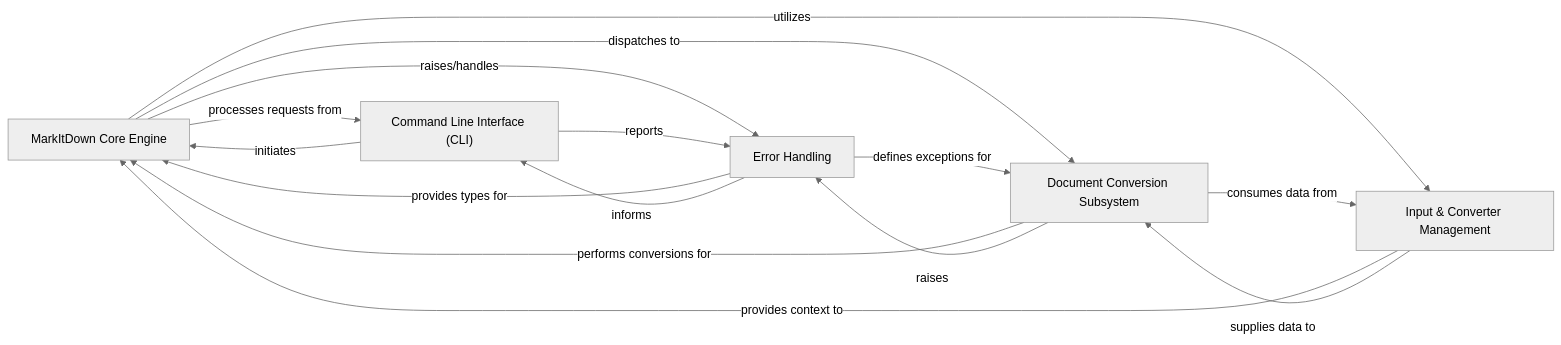
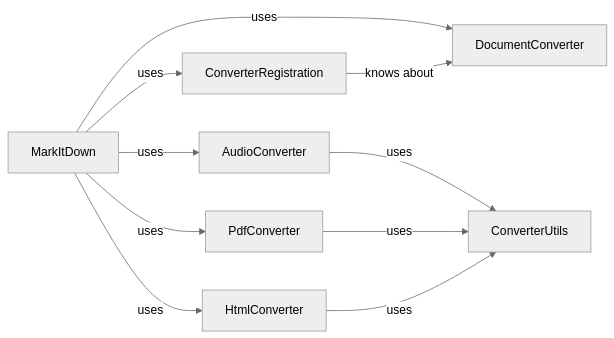
Before and after one commit to CodeBoarding/GeneratedOnBoardings: the diagram in markitdown/on_boarding.md, drawn with Mermaid (neutral theme). The commit also changed other lines of this file and 23 other files, not shown here.

````diff
--- a/markitdown/on_boarding.md
+++ b/markitdown/on_boarding.md
@@ -1,26 +1,22 @@
 ```mermaid
 graph LR
-    MarkItDown_Core_Engine["MarkItDown Core Engine"]
-    Input_Converter_Management["Input & Converter Management"]
-    Document_Conversion_Subsystem["Document Conversion Subsystem"]
-    Command_Line_Interface_CLI_["Command Line Interface (CLI)"]
-    Error_Handling["Error Handling"]
-    Command_Line_Interface_CLI_ -- "initiates" --> MarkItDown_Core_Engine
-    MarkItDown_Core_Engine -- "processes requests from" --> Command_Line_Interface_CLI_
-    MarkItDown_Core_Engine -- "utilizes" --> Input_Converter_Management
-    Input_Converter_Management -- "provides context to" --> MarkItDown_Core_Engine
-    MarkItDown_Core_Engine -- "dispatches to" --> Document_Conversion_Subsystem
-    Document_Conversion_Subsystem -- "performs conversions for" --> MarkItDown_Core_Engine
-    MarkItDown_Core_Engine -- "raises/handles" --> Error_Handling
-    Error_Handling -- "provides types for" --> MarkItDown_Core_Engine
-    Input_Converter_Management -- "supplies data to" --> Document_Conversion_Subsystem
-    Document_Conversion_Subsystem -- "consumes data from" --> Input_Converter_Management
-    Document_Conversion_Subsystem -- "raises" --> Error_Handling
-    Error_Handling -- "defines exceptions for" --> Document_Conversion_Subsystem
-    Command_Line_Interface_CLI_ -- "reports" --> Error_Handling
-    Error_Handling -- "informs" --> Command_Line_Interface_CLI_
-    click MarkItDown_Core_Engine href "https://github.com/CodeBoarding/GeneratedOnBoardings/blob/main//markitdown/MarkItDown_Core_Engine.md" "Details"
-    click Input_Converter_Management href "https://github.com/CodeBoarding/GeneratedOnBoardings/blob/main//markitdown/Input_Converter_Management.md" "Details"
-    click Document_Conversion_Subsystem href "https://github.com/CodeBoarding/GeneratedOnBoardings/blob/main//markitdown/Document_Conversion_Subsystem.md" "Details"
-    click Command_Line_Interface_CLI_ href "https://github.com/CodeBoarding/GeneratedOnBoardings/blob/main//markitdown/Command_Line_Interface_CLI_.md" "Details"
+    MarkItDown["MarkItDown"]
+    ConverterRegistration["ConverterRegistration"]
+    DocumentConverter["DocumentConverter"]
+    AudioConverter["AudioConverter"]
+    PdfConverter["PdfConverter"]
+    HtmlConverter["HtmlConverter"]
+    ConverterUtils["ConverterUtils"]
+    MarkItDown -- "uses" --> ConverterRegistration
+    MarkItDown -- "uses" --> DocumentConverter
+    MarkItDown -- "uses" --> AudioConverter
+    MarkItDown -- "uses" --> PdfConverter
+    MarkItDown -- "uses" --> HtmlConverter
+    AudioConverter -- "uses" --> ConverterUtils
+    PdfConverter -- "uses" --> ConverterUtils
+    HtmlConverter -- "uses" --> ConverterUtils
+    ConverterRegistration -- "knows about" --> DocumentConverter
+    click DocumentConverter href "https://github.com/CodeBoarding/GeneratedOnBoardings/blob/main//markitdown/DocumentConverter.md" "Details"
+    click AudioConverter href "https://github.com/CodeBoarding/GeneratedOnBoardings/blob/main//markitdown/AudioConverter.md" "Details"
+    click ConverterUtils href "https://github.com/CodeBoarding/GeneratedOnBoardings/blob/main//markitdown/ConverterUtils.md" "Details"
 ```
````
